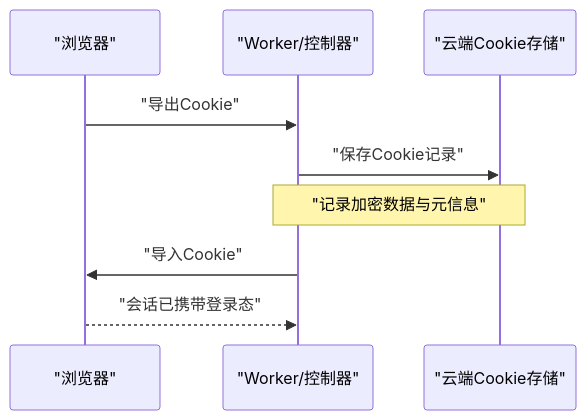
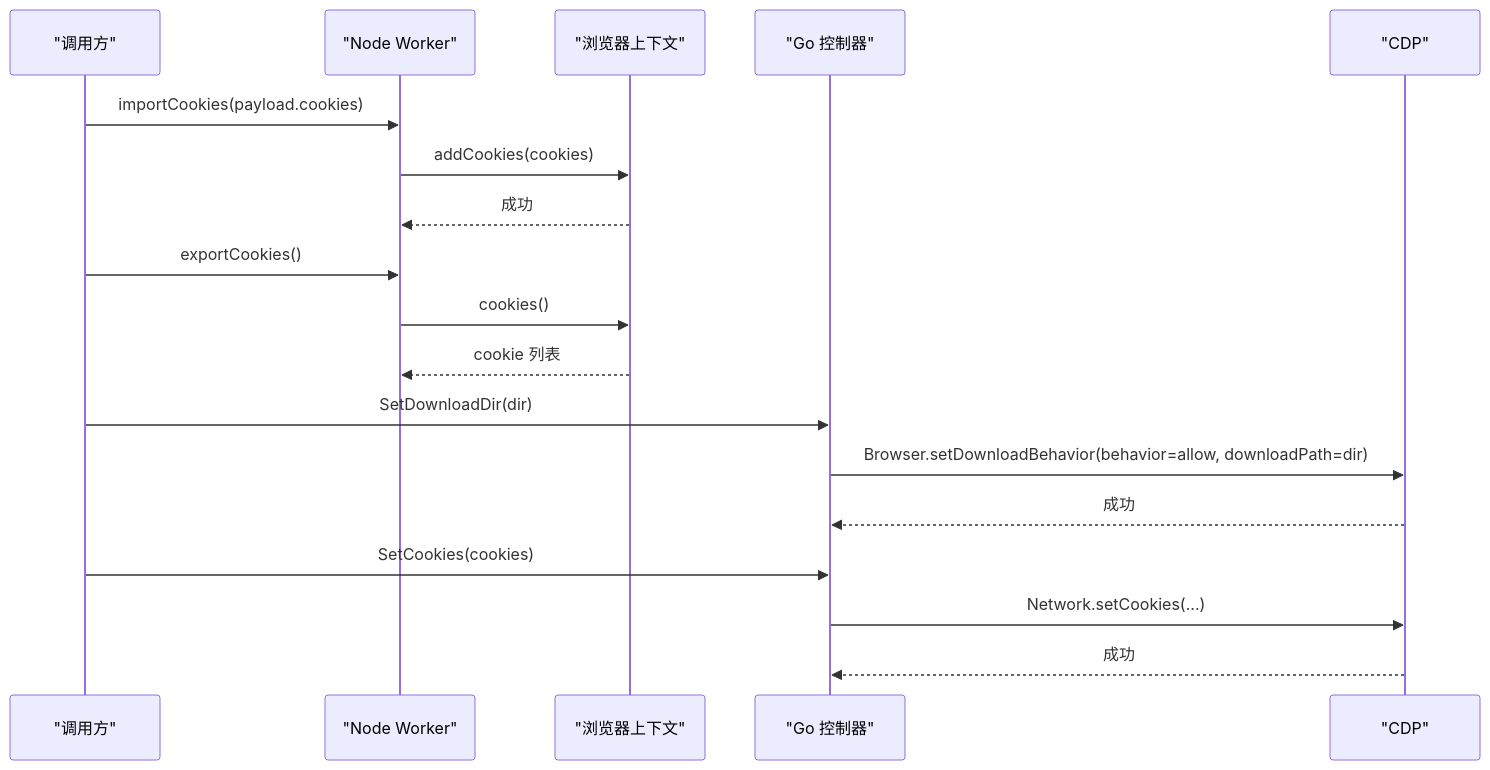
Before and after one commit to alvinwangzi/goodhr: the seventh of 8 diagrams in .qoder/repowiki/zh/content/本地执行器/浏览器自动化/浏览器配置管理.md, drawn with Mermaid. The commit also changed other lines of this file and 149 other files, not shown here.

````diff
--- a/.qoder/repowiki/zh/content/本地执行器/浏览器自动化/浏览器配置管理.md
+++ b/.qoder/repowiki/zh/content/本地执行器/浏览器自动化/浏览器配置管理.md
@@ -208,11 +264,20 @@
 ```mermaid
 sequenceDiagram
-participant Browser as "浏览器"
-participant Worker as "Worker/控制器"
-participant Cloud as "云端Cookie存储"
-Browser->>Worker : "导出Cookie"
-Worker->>Cloud : "保存Cookie记录"
-Note over Worker,Cloud : "记录加密数据与元信息"
-Worker->>Browser : "导入Cookie"
-Browser-->>Worker : "会话已携带登录态"
+participant Caller as "调用方"
+participant Worker as "Node Worker"
+participant Context as "浏览器上下文"
+participant GoCtrl as "Go 控制器"
+participant CDP as "CDP"
+Caller->>Worker : importCookies(payload.cookies)
+Worker->>Context : addCookies(cookies)
+Context-->>Worker : 成功
+Caller->>Worker : exportCookies()
+Worker->>Context : cookies()
+Context-->>Worker : cookie 列表
+Caller->>GoCtrl : SetDownloadDir(dir)
+GoCtrl->>CDP : Browser.setDownloadBehavior(behavior=allow, downloadPath=dir)
+CDP-->>GoCtrl : 成功
+Caller->>GoCtrl : SetCookies(cookies)
+GoCtrl->>CDP : Network.setCookies(...)
+CDP-->>GoCtrl : 成功
 ```
````
